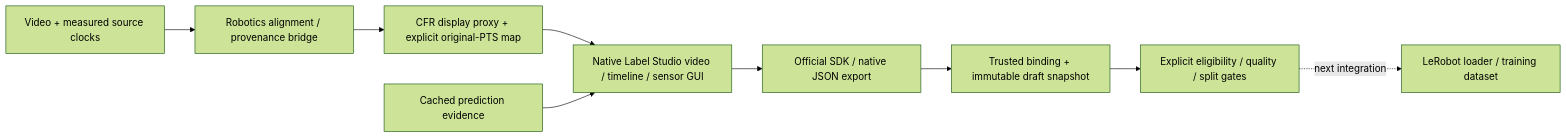
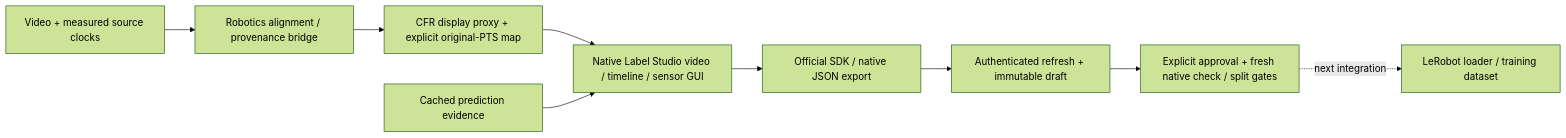
The diagram in README.md (dyl-joseph/auto-robo-pipeline), drawn with Mermaid (forest theme) before and after one commit. The commit also changed other lines of this file and 11 other files, not shown here.

Commit message:
Expose native approval commands and verify the real saved-review lifecycle

````diff
--- a/README.md
+++ b/README.md
@@ -30,11 +32,11 @@
 ```mermaid
 flowchart LR
     A[Video + measured source clocks] --> B[Robotics alignment / provenance bridge]
     B --> C[CFR display proxy + explicit original-PTS map]
     C --> D[Native Label Studio video / timeline / sensor GUI]
     E[Cached prediction evidence] --> D
     D --> F[Official SDK / native JSON export]
-    F --> G[Trusted binding + immutable draft snapshot]
-    G --> H[Explicit eligibility / quality / split gates]
+    F --> G[Authenticated refresh + immutable draft]
+    G --> H[Explicit approval + fresh native check / split gates]
     H -. next integration .-> I[LeRobot loader / training dataset]
 ```
````
